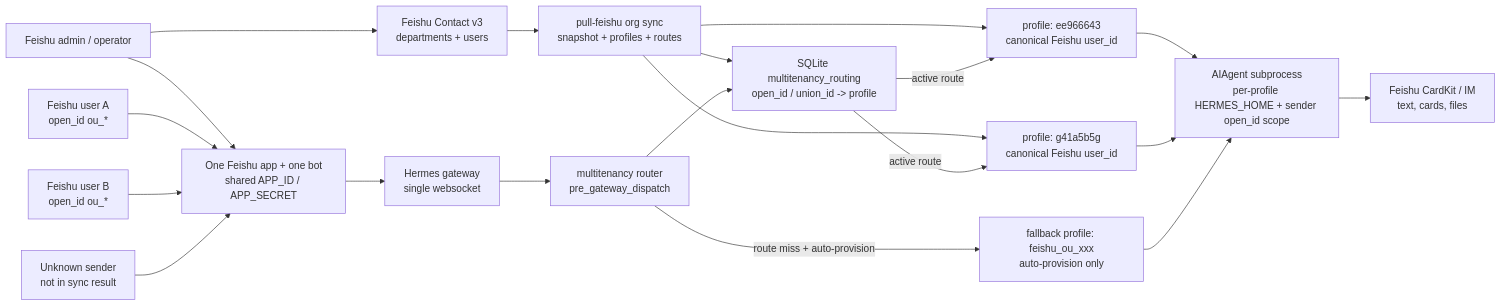
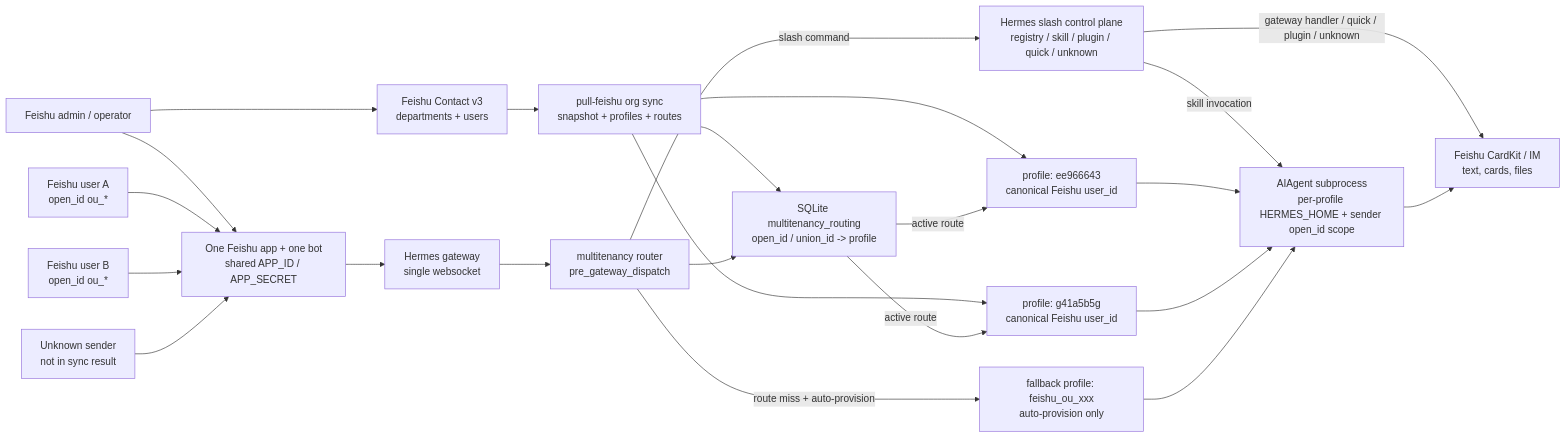
Before and after one commit to eggyrooch-blip/hermes-multitenancy: the diagram in README.md, drawn with Mermaid. The commit also changed other lines of this file and 3 other files, not shown here.

````diff
--- a/README.md
+++ b/README.md
@@ -29,31 +29,35 @@
 ```mermaid
 flowchart LR
     admin["Feishu admin / operator"]
     app["One Feishu app + one bot\nshared APP_ID / APP_SECRET"]
     contact["Feishu Contact v3\ndepartments + users"]
     sync["pull-feishu org sync\nsnapshot + profiles + routes"]
     table["SQLite multitenancy_routing\nopen_id / union_id -> profile"]
     userA["Feishu user A\nopen_id ou_*"]
     userB["Feishu user B\nopen_id ou_*"]
     unknown["Unknown sender\nnot in sync result"]
     gateway["Hermes gateway\nsingle websocket"]
     router["multitenancy router\npre_gateway_dispatch"]
+    slash["Hermes slash control plane\nregistry / skill / plugin / quick / unknown"]
     profileA["profile: ee966643\ncanonical Feishu user_id"]
     profileB["profile: g41a5b5g\ncanonical Feishu user_id"]
     fallback["fallback profile: feishu_ou_xxx\nauto-provision only"]
     aiagent["AIAgent subprocess\nper-profile HERMES_HOME + sender open_id scope"]
     feishu["Feishu CardKit / IM\ntext, cards, files"]
 
     admin --> app
     admin --> contact --> sync --> table
     sync --> profileA
     sync --> profileB
     userA --> app
     userB --> app
     unknown --> app
     app --> gateway --> router
+    router -->|slash command| slash
+    slash -->|gateway handler / quick / plugin / unknown| feishu
+    slash -->|skill invocation| aiagent
     router --> table
     table -->|active route| profileA --> aiagent --> feishu
     table -->|active route| profileB --> aiagent
     router -->|route miss + auto-provision| fallback --> aiagent
 ```
````
